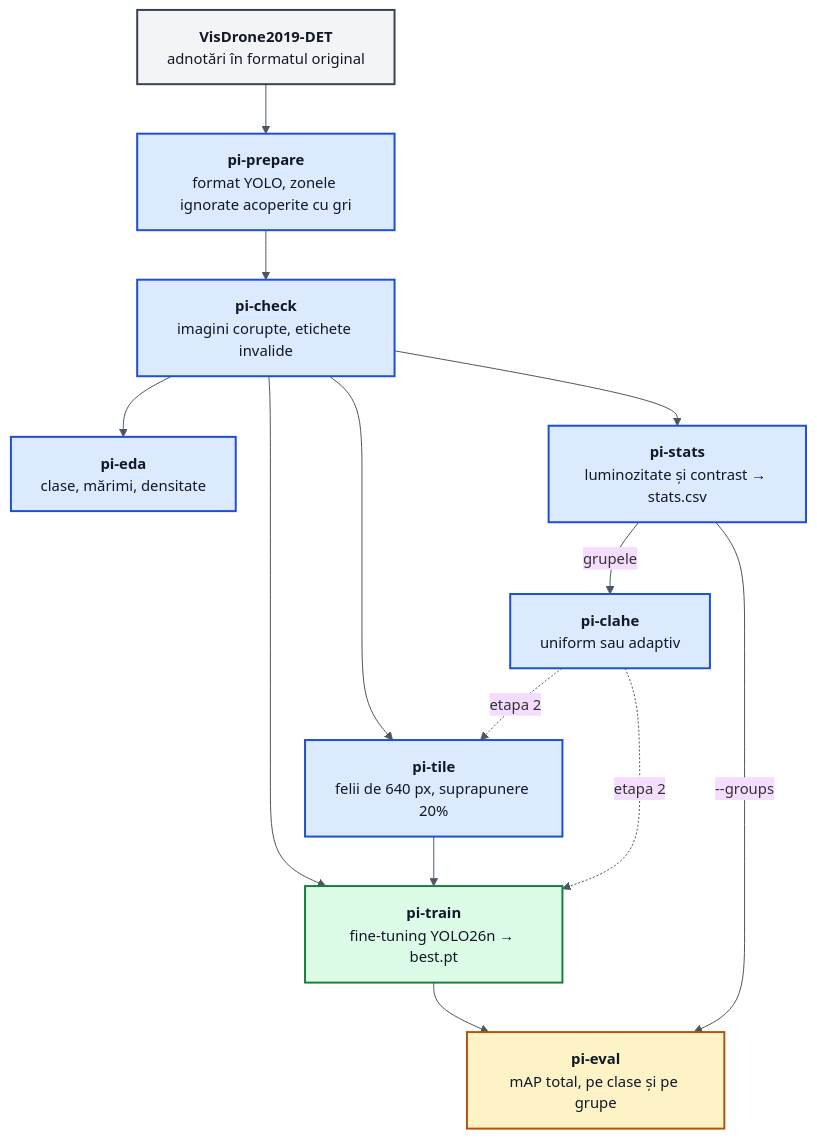
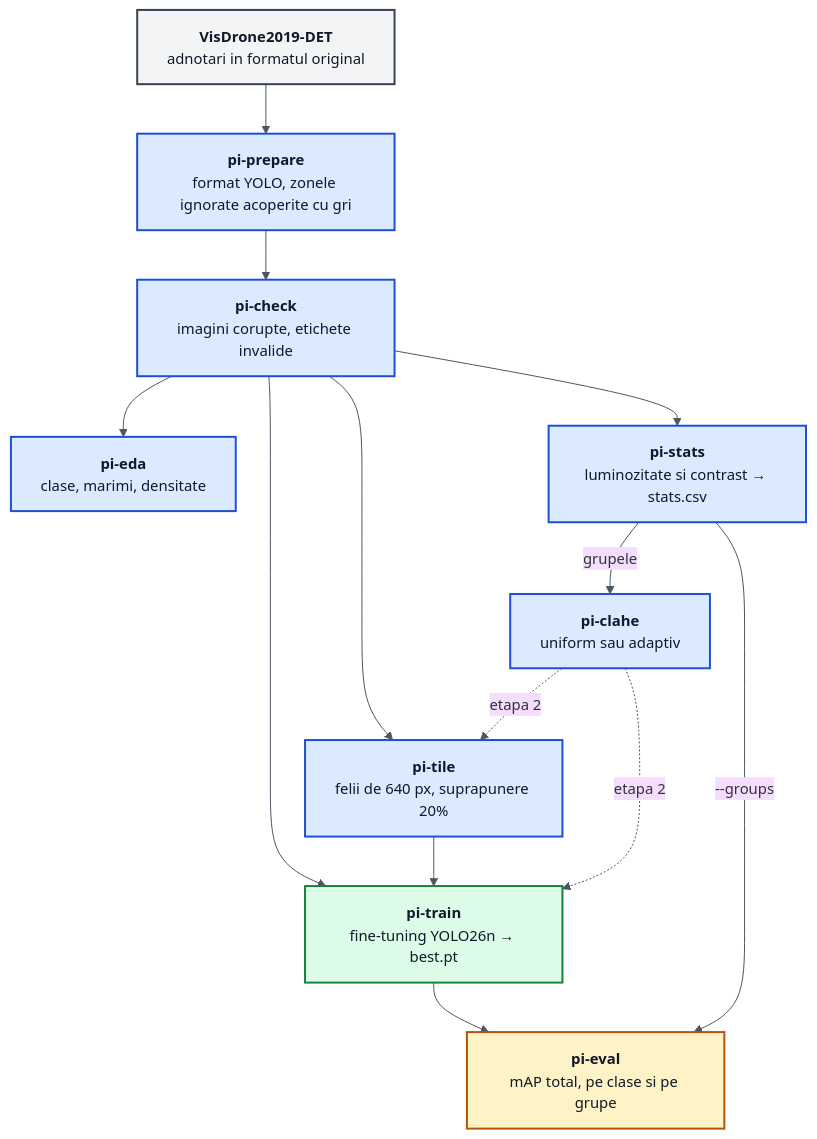
Before and after one commit to zaha27/pi-p: the first of 3 diagrams in docs/pipeline.md, drawn with Mermaid. The commit also changed other lines of this file and 57 other files, not shown here.

````diff
--- a/docs/pipeline.md
+++ b/docs/pipeline.md
@@ -7,42 +7,42 @@
 ```mermaid
 %%{init: {'theme':'base','themeVariables':{'fontSize':'15px','lineColor':'#4B5563'}}}%%
 flowchart TB
     RAW["`**VisDrone2019-DET**
-adnotări în formatul original`"]
+adnotari in formatul original`"]
     PREP["`**pi-prepare**
 format YOLO, zonele ignorate acoperite cu gri`"]
     CHECK["`**pi-check**
 imagini corupte, etichete invalide`"]
     EDA["`**pi-eda**
-clase, mărimi, densitate`"]
+clase, marimi, densitate`"]
     STATS["`**pi-stats**
-luminozitate și contrast → stats.csv`"]
+luminozitate si contrast → stats.csv`"]
     CLAHE["`**pi-clahe**
 uniform sau adaptiv`"]
     TILE["`**pi-tile**
 felii de 640 px, suprapunere 20%`"]
     TRAIN["`**pi-train**
 fine-tuning YOLO26n → best.pt`"]
     EVAL["`**pi-eval**
-mAP total, pe clase și pe grupe`"]
+mAP total, pe clase si pe grupe`"]
 
     RAW --> PREP --> CHECK
     CHECK --> EDA
     CHECK --> STATS
     STATS -- "grupele" --> CLAHE
     CHECK --> TRAIN
     CHECK --> TILE --> TRAIN
     CLAHE -. "etapa 2" .-> TILE
     CLAHE -. "etapa 2" .-> TRAIN
     TRAIN --> EVAL
     STATS -- "--groups" --> EVAL
 
     classDef dat fill:#F3F4F6,stroke:#374151,stroke-width:2px,color:#111827
     classDef cmd fill:#DBEAFE,stroke:#1D4ED8,stroke-width:2px,color:#111827
     classDef trn fill:#DCFCE7,stroke:#15803D,stroke-width:2px,color:#111827
     classDef eva fill:#FEF3C7,stroke:#B45309,stroke-width:2px,color:#111827
     class RAW dat
     class PREP,CHECK,EDA,STATS,CLAHE,TILE cmd
     class TRAIN trn
     class EVAL eva
 ```
````
